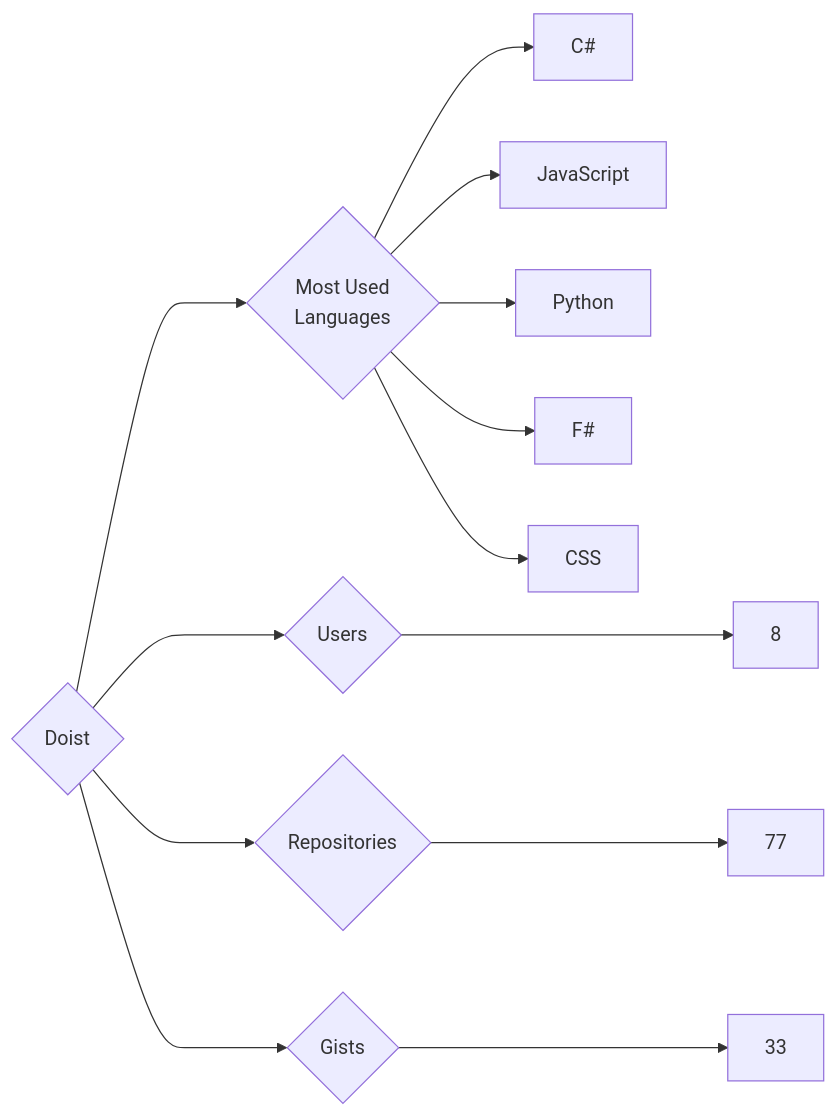
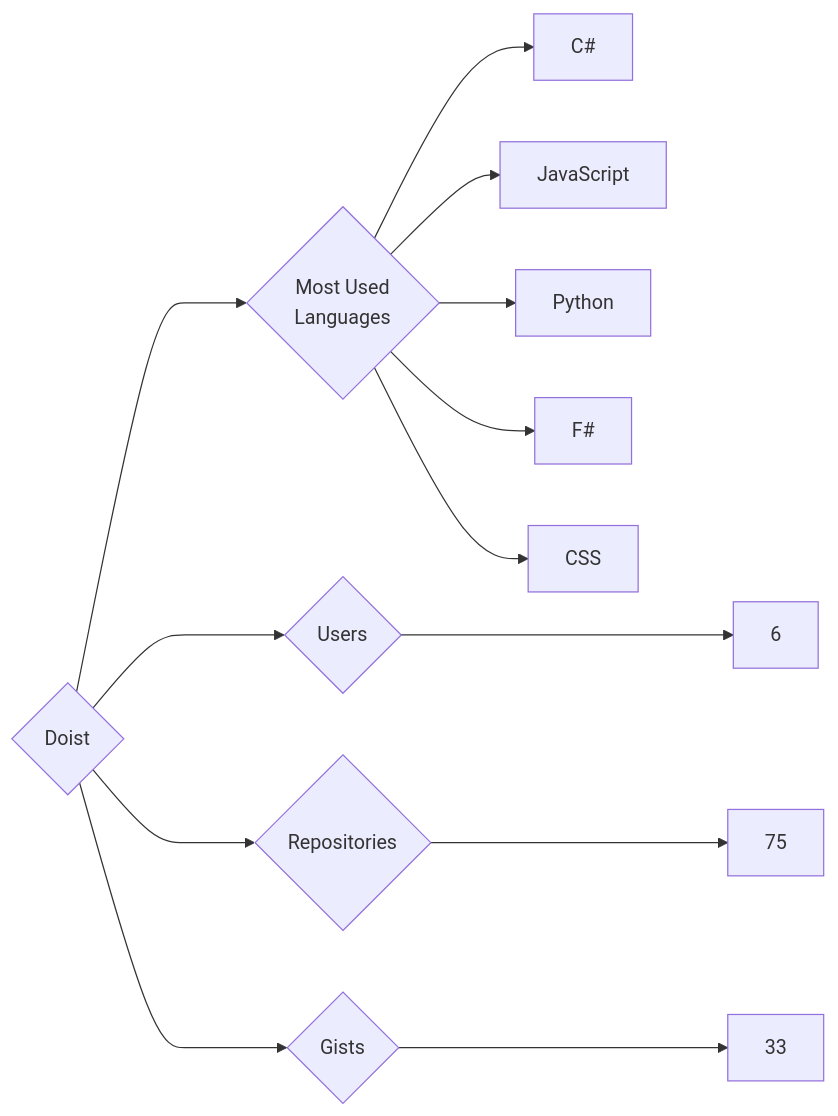
One commit to trickest/insiders changed the diagram in targets/Doist/README.md. Above: the diagram before and after it, drawn with Mermaid. The commit also changed 857 other files, not shown here.

````diff
--- a/targets/Doist/README.md
+++ b/targets/Doist/README.md
@@ -3,13 +3,13 @@
 ```mermaid
 graph LR
 COMPANY_NAME{Doist}
-COMPANY_NAME ---> U{Users} ---> UN[8]
-COMPANY_NAME ---> R{Repositories} ---> RN[77]
+COMPANY_NAME ---> U{Users} ---> UN[6]
+COMPANY_NAME ---> R{Repositories} ---> RN[75]
 COMPANY_NAME ---> G{Gists} ---> GN[33]
 COMPANY_NAME ---> ML{Most Used<br>Languages}
 ML --> C#[C#]
 ML --> JavaScript[JavaScript]
 ML --> Python[Python]
 ML --> F#[F#]
 ML --> CSS[CSS]
 ```
````
